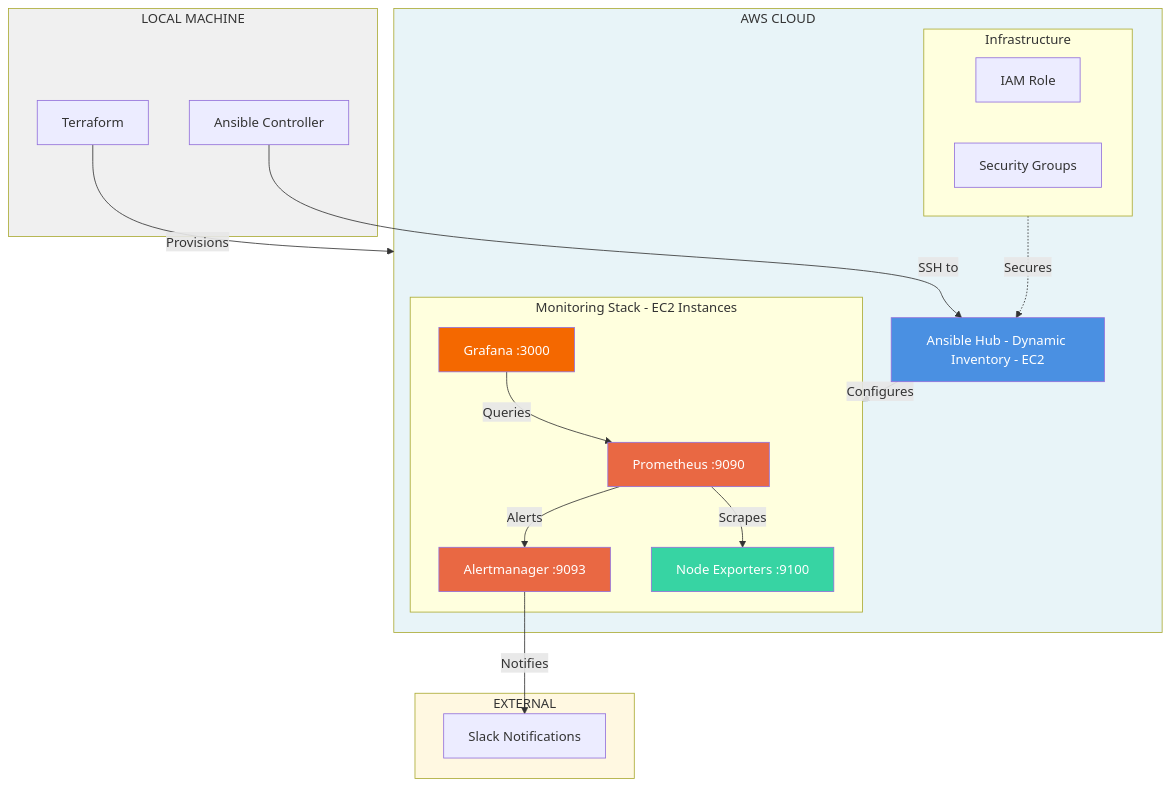
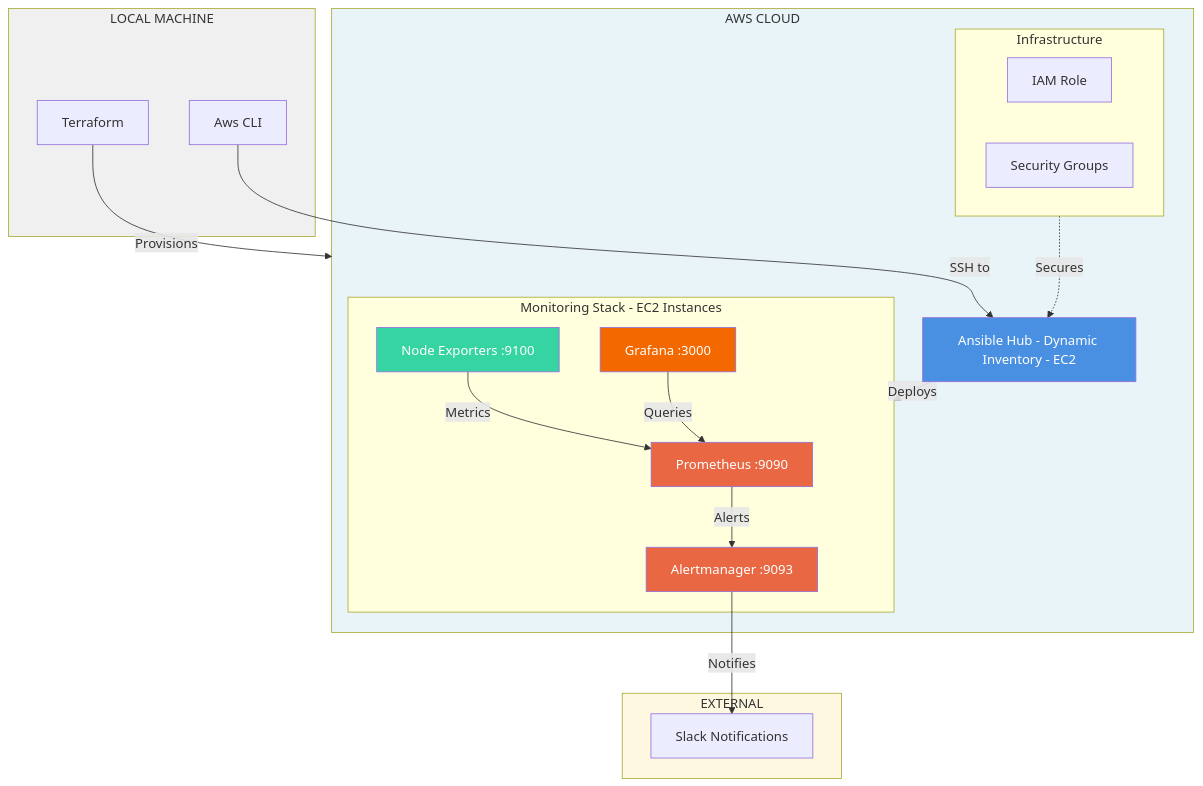
Before and after one commit to Arijit9721/End-To-End-Monitoring-Setup-With-Ansible: the diagram in README.md, drawn with Mermaid.

````diff
--- a/README.md
+++ b/README.md
@@ -7,46 +7,46 @@
 ```mermaid
 graph TB
     subgraph LOCAL["LOCAL MACHINE"]
         TF[Terraform]
-        AN[Ansible Controller]
+        AN[Aws CLI]
     end
 
     subgraph CLOUD["AWS CLOUD"]
         subgraph INFRA["Infrastructure"]
             ROLE[IAM Role]
             SG[Security Groups]
         end
 
         ANSIBLE["Ansible Hub - Dynamic Inventory - EC2"]
 
         subgraph MONITOR["Monitoring Stack - EC2 Instances"]
             PROM[Prometheus :9090]
             ALERT[Alertmanager :9093]
             GRAF[Grafana :3000]
             NODE[Node Exporters :9100]
         end
     end
 
     subgraph EXT["EXTERNAL"]
         SLACK[Slack Notifications]
     end
 
     TF -->|Provisions| CLOUD
     AN -->|SSH to| ANSIBLE
-    ANSIBLE -->|Configures| MONITOR
+    ANSIBLE -->|Deploys| MONITOR
     INFRA -.->|Secures| ANSIBLE
 
-    PROM -->|Scrapes| NODE
+    NODE -->|Metrics| PROM
     PROM -->|Alerts| ALERT
     ALERT -->|Notifies| SLACK
     GRAF -->|Queries| PROM
 
     style ANSIBLE fill:#4A90E2,color:#fff
     style PROM fill:#E96843,color:#fff
     style ALERT fill:#E96843,color:#fff
     style GRAF fill:#F46800,color:#fff
     style NODE fill:#37D4A3,color:#fff
     style LOCAL fill:#f0f0f0
     style CLOUD fill:#e8f4f8
     style EXT fill:#fff8e1
 ```
````
